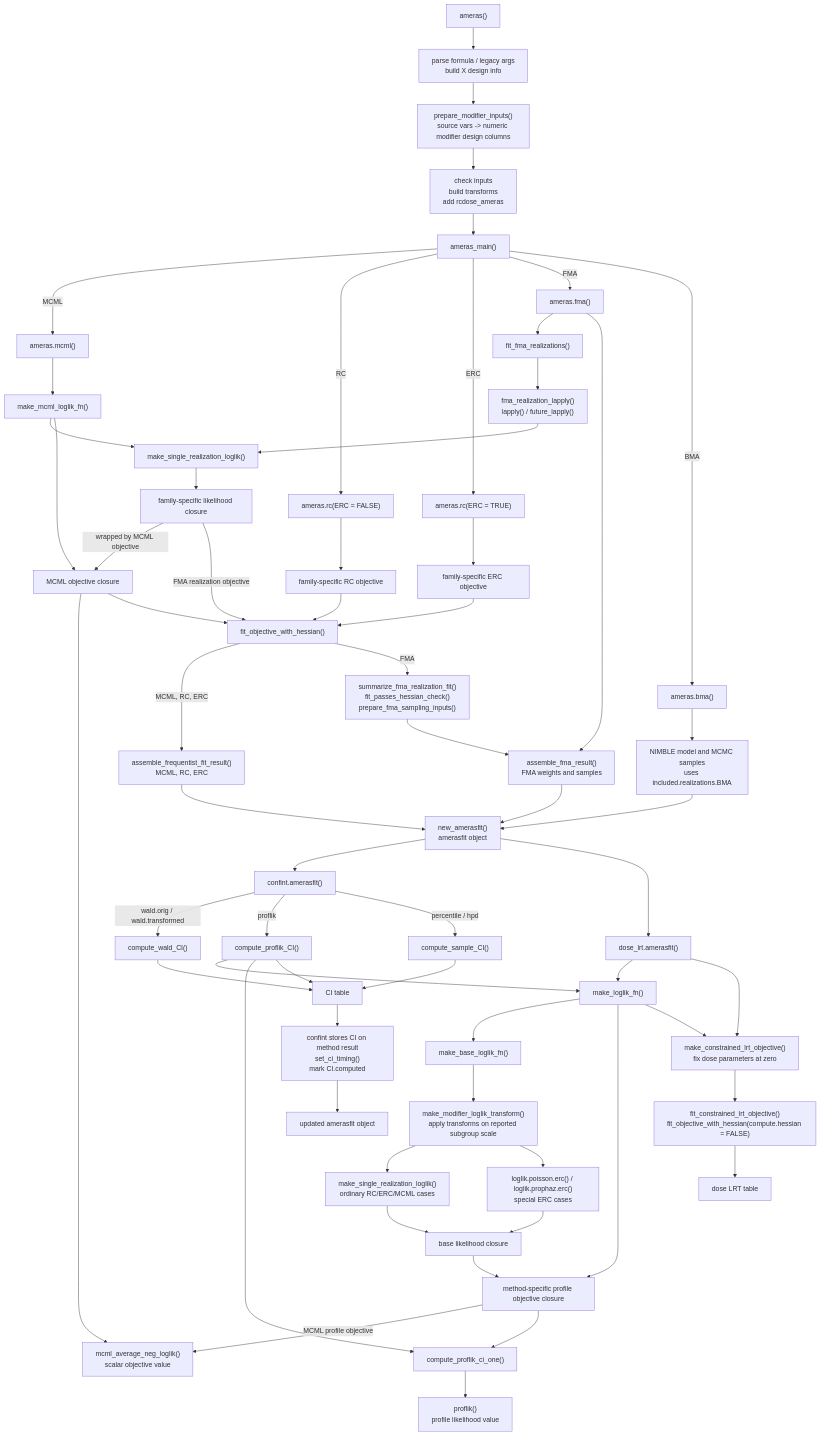
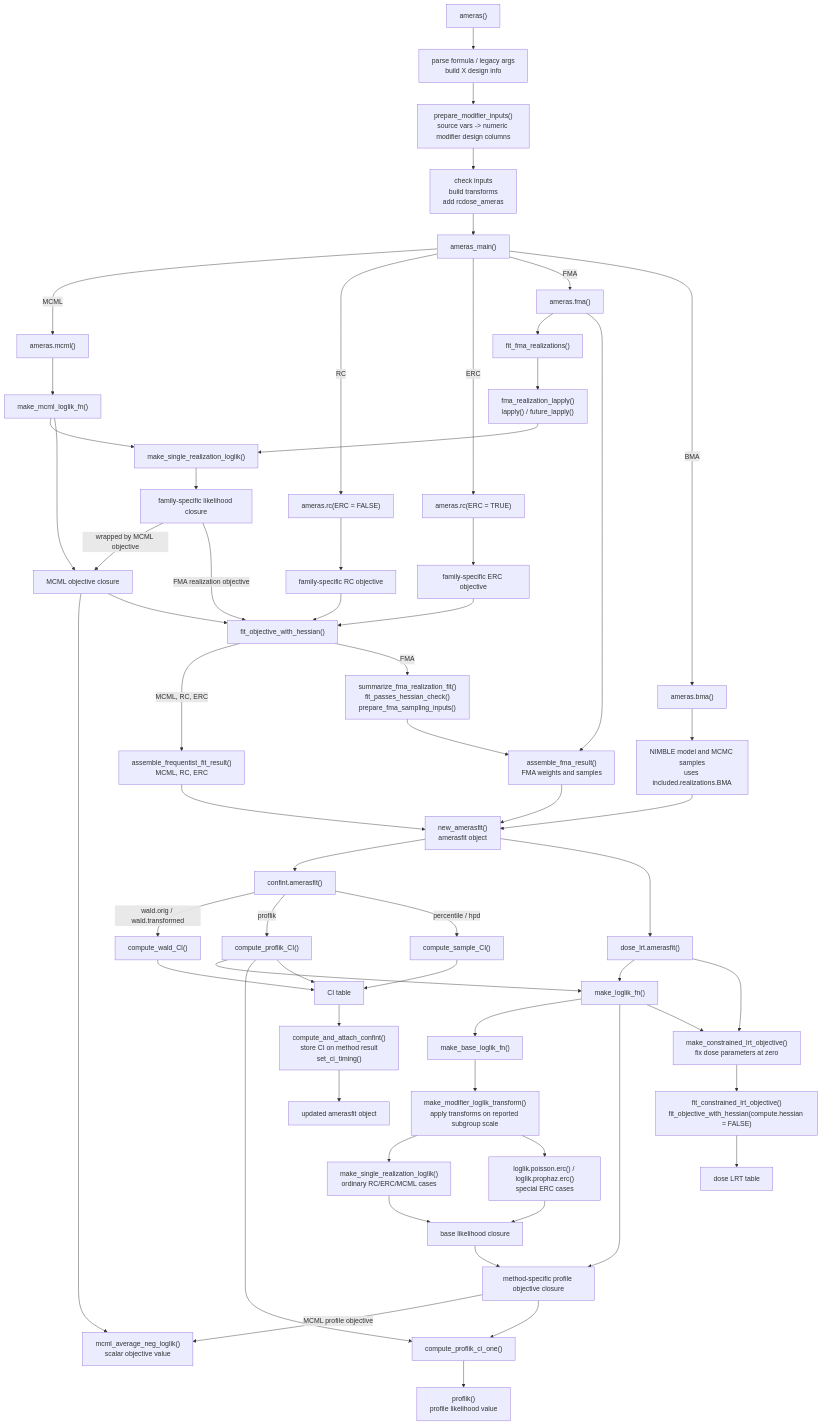
One commit to sanderroberti/ameras changed the diagram in developer-notes/helper-flow.md. Above: the diagram before and after it, drawn with Mermaid. The commit also changed 25 other files, not shown here.

````diff
--- a/developer-notes/helper-flow.md
+++ b/developer-notes/helper-flow.md
@@ -9,72 +9,72 @@
 ```mermaid
 flowchart TD
   A["ameras()"] --> B["parse formula / legacy args<br/>build X design info"]
   B --> BA["prepare_modifier_inputs()<br/>source vars -> numeric modifier design columns"]
   BA --> BB["check inputs<br/>build transforms<br/>add rcdose_ameras"]
   BB --> C["ameras_main()"]
 
   C -->|MCML| D["ameras.mcml()"]
   C -->|RC| E["ameras.rc(ERC = FALSE)"]
   C -->|ERC| F["ameras.rc(ERC = TRUE)"]
   C -->|FMA| G["ameras.fma()"]
   C -->|BMA| H["ameras.bma()"]
 
   D --> I["make_mcml_loglik_fn()"]
   I --> J["make_single_realization_loglik()"]
   J --> JA["family-specific likelihood closure"]
   I --> JB["MCML objective closure"]
   JA -->|wrapped by MCML objective| JB
   JB --> AB["mcml_average_neg_loglik()<br/>scalar objective value"]
   JB --> N["fit_objective_with_hessian()"]
 
   E --> K["family-specific RC objective"]
   F --> L["family-specific ERC objective"]
   K --> N
   L --> N
 
   G --> M["fit_fma_realizations()"]
   M --> ML["fma_realization_lapply()<br/>lapply() / future_lapply()"]
   ML --> J
   JA -->|FMA realization objective| N
 
   N -->|MCML, RC, ERC| O["assemble_frequentist_fit_result()<br/>MCML, RC, ERC"]
   N -->|FMA| P["summarize_fma_realization_fit()<br/>fit_passes_hessian_check()<br/>prepare_fma_sampling_inputs()"]
 
   G --> Q["assemble_fma_result()<br/>FMA weights and samples"]
   P --> Q
   H --> R["NIMBLE model and MCMC samples<br/>uses included.realizations.BMA"]
 
   O --> S["new_amerasfit()<br/>amerasfit object"]
   Q --> S
   R --> S
 
   S --> T["confint.amerasfit()"]
   S --> AJ["dose_lrt.amerasfit()"]
   T -->|wald.orig / wald.transformed| U["compute_wald_CI()"]
   T -->|proflik| V["compute_proflik_CI()"]
   T -->|percentile / hpd| W["compute_sample_CI()"]
 
   V --> X["make_loglik_fn()"]
   AJ --> X
   X --> Y["make_base_loglik_fn()"]
   Y --> AN["make_modifier_loglik_transform()<br/>apply transforms on reported subgroup scale"]
   AN --> Z["make_single_realization_loglik()<br/>ordinary RC/ERC/MCML cases"]
   AN --> AA["loglik.poisson.erc() / loglik.prophaz.erc()<br/>special ERC cases"]
   Z --> AE["base likelihood closure"]
   AA --> AE
   X --> AF["method-specific profile objective closure"]
   AE --> AF
   AF -->|MCML profile objective| AB
   AF --> AC["compute_proflik_ci_one()"]
   V --> AC
   AC --> AD["proflik()<br/>profile likelihood value"]
   AJ --> AK["make_constrained_lrt_objective()<br/>fix dose parameters at zero"]
   X --> AK
   AK --> AL["fit_constrained_lrt_objective()<br/>fit_objective_with_hessian(compute.hessian = FALSE)"]
   AL --> AM["dose LRT table"]
   U --> AG["CI table"]
   V --> AG
   W --> AG
-  AG --> AH["confint stores CI on method result<br/>set_ci_timing()<br/>mark CI.computed"]
+  AG --> AH["compute_and_attach_confint()<br/>store CI on method result<br/>set_ci_timing()"]
   AH --> AI["updated amerasfit object"]
 ```
````
